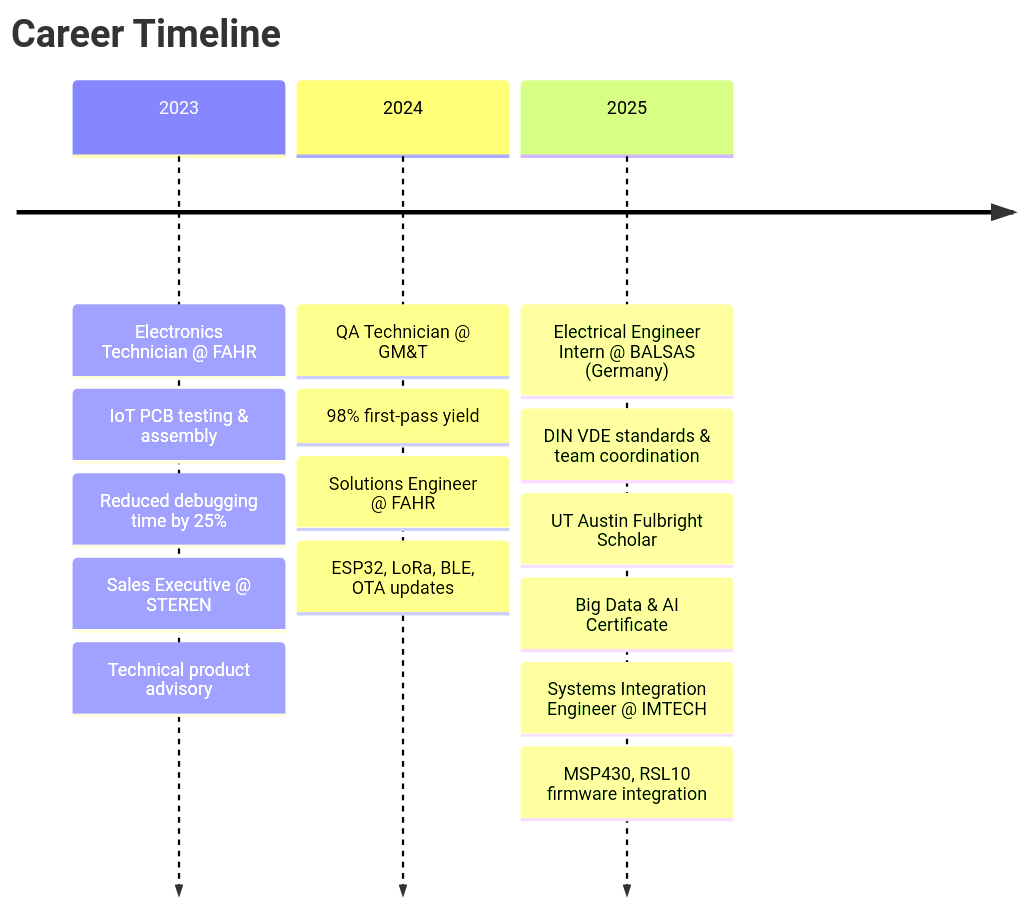
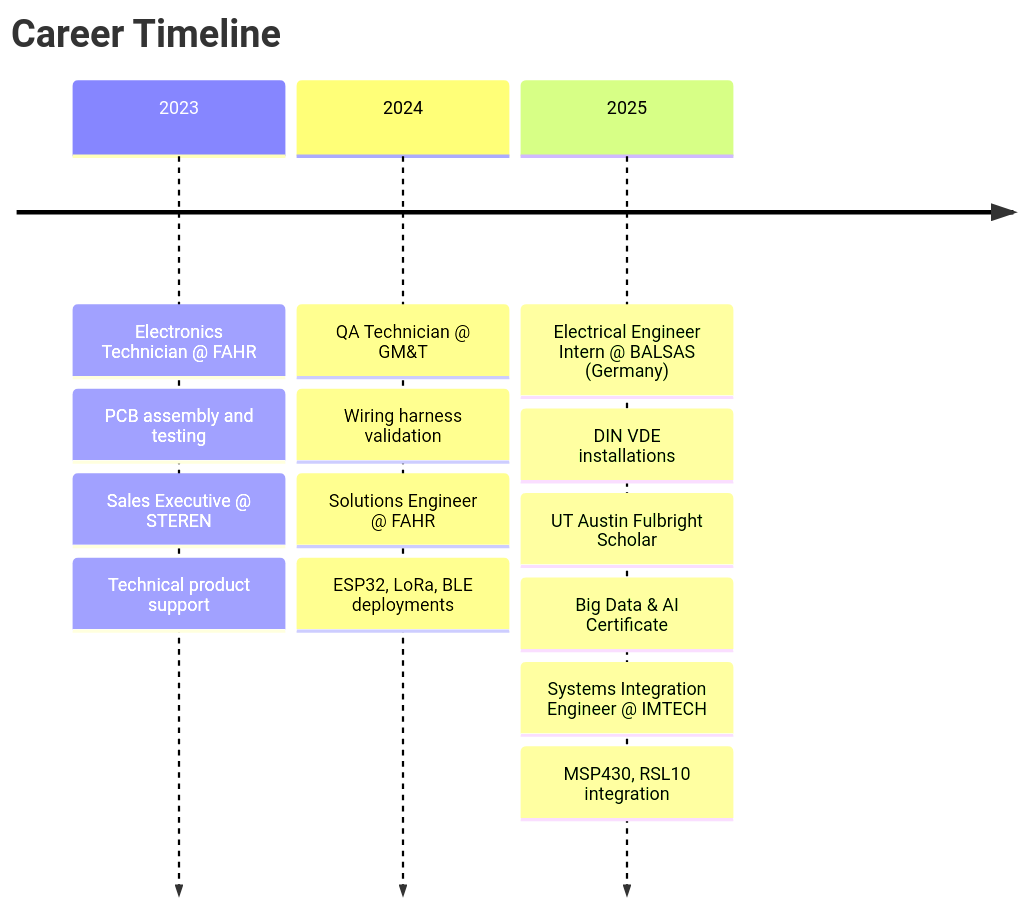
Before and after one commit to surbalo1/surbalo1: the diagram in README.md, drawn with Mermaid. The commit also changed other lines of this file, not shown here.

````diff
--- a/README.md
+++ b/README.md
@@ -221,19 +210,18 @@
 ```mermaid
 timeline
     title Career Timeline
     2023 : Electronics Technician @ FAHR
-         : IoT PCB testing & assembly
-         : Reduced debugging time by 25%
+         : PCB assembly and testing
          : Sales Executive @ STEREN
-         : Technical product advisory
+         : Technical product support
     2024 : QA Technician @ GM&T
-         : 98% first-pass yield
+         : Wiring harness validation
          : Solutions Engineer @ FAHR
-         : ESP32, LoRa, BLE, OTA updates
+         : ESP32, LoRa, BLE deployments
     2025 : Electrical Engineer Intern @ BALSAS (Germany)
-         : DIN VDE standards & team coordination
+         : DIN VDE installations
          : UT Austin Fulbright Scholar
          : Big Data & AI Certificate
          : Systems Integration Engineer @ IMTECH
-         : MSP430, RSL10 firmware integration
+         : MSP430, RSL10 integration
 ```
````
